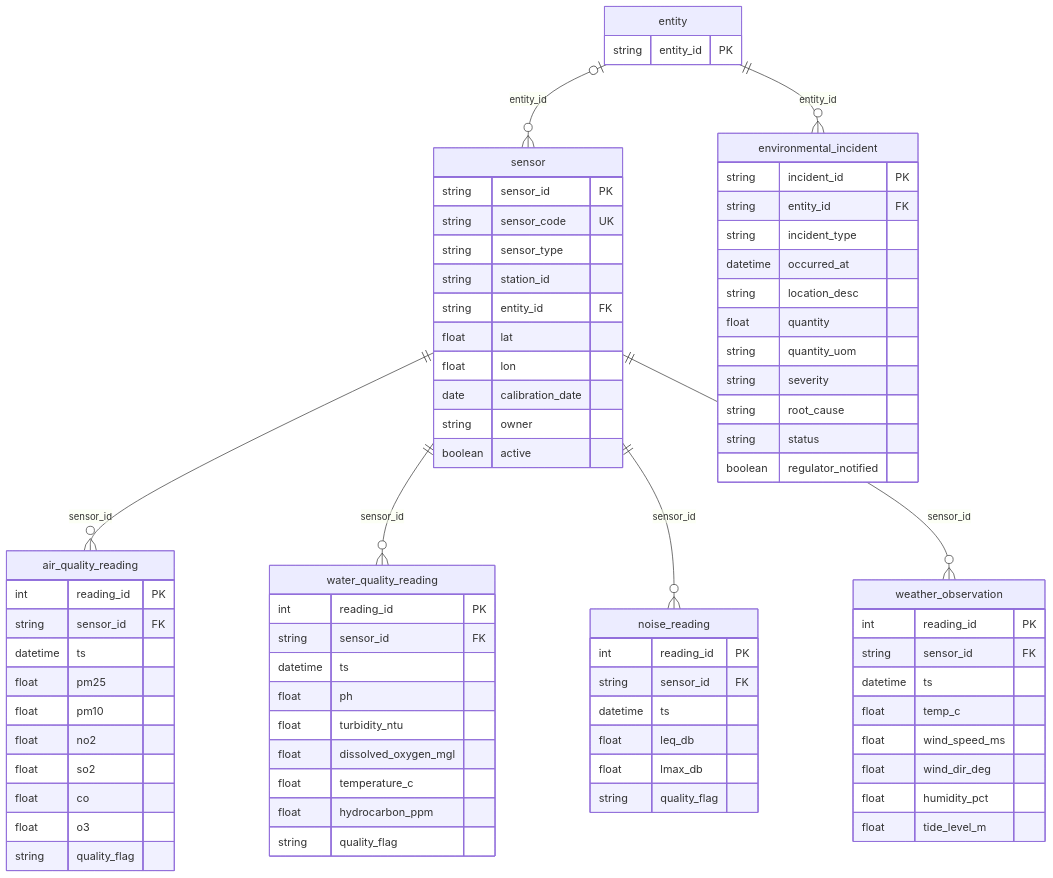
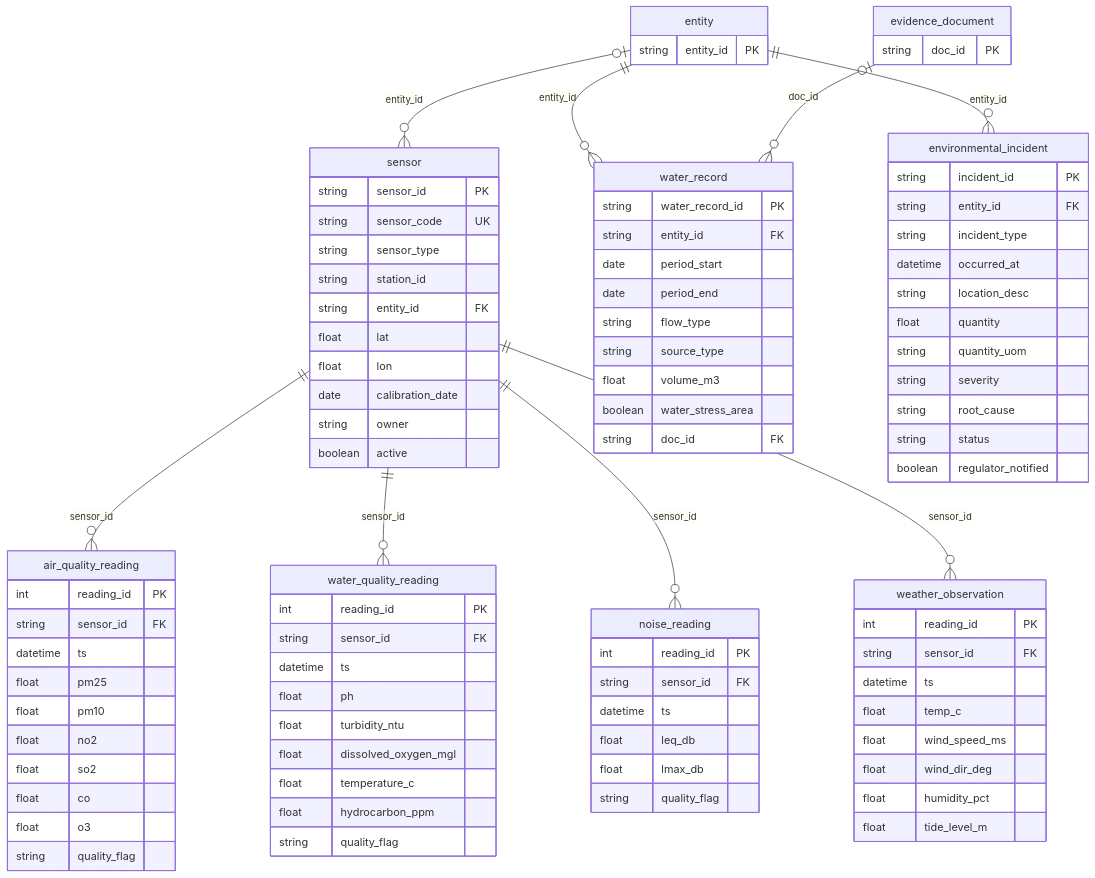
The fifth of 9 diagrams in docs/erd.md (indranil32/port-esg), drawn with Mermaid before and after one commit. The commit also changed other lines of this file and 11 other files, not shown here.

First line of the commit message:
Water footprint: water_record, withdrawal/consumption/recycled KPIs, GRI 303 mapping

```diff
--- a/docs/erd.md
+++ b/docs/erd.md
@@ -364,6 +366,17 @@
         float hydrocarbon_ppm
         string quality_flag
     }
+    water_record {
+        string water_record_id PK
+        string entity_id FK
+        date period_start
+        date period_end
+        string flow_type
+        string source_type
+        float volume_m3
+        boolean water_stress_area
+        string doc_id FK
+    }
     noise_reading {
         int reading_id PK
         string sensor_id FK
@@ -398,9 +411,14 @@
     entity {
         string entity_id PK
     }
+    evidence_document {
+        string doc_id PK
+    }
     entity |o--o{ sensor : "entity_id"
     sensor ||--o{ air_quality_reading : "sensor_id"
     sensor ||--o{ water_quality_reading : "sensor_id"
+    entity ||--o{ water_record : "entity_id"
+    evidence_document |o--o{ water_record : "doc_id"
     sensor ||--o{ noise_reading : "sensor_id"
     sensor ||--o{ weather_observation : "sensor_id"
     entity ||--o{ environmental_incident : "entity_id"
```
